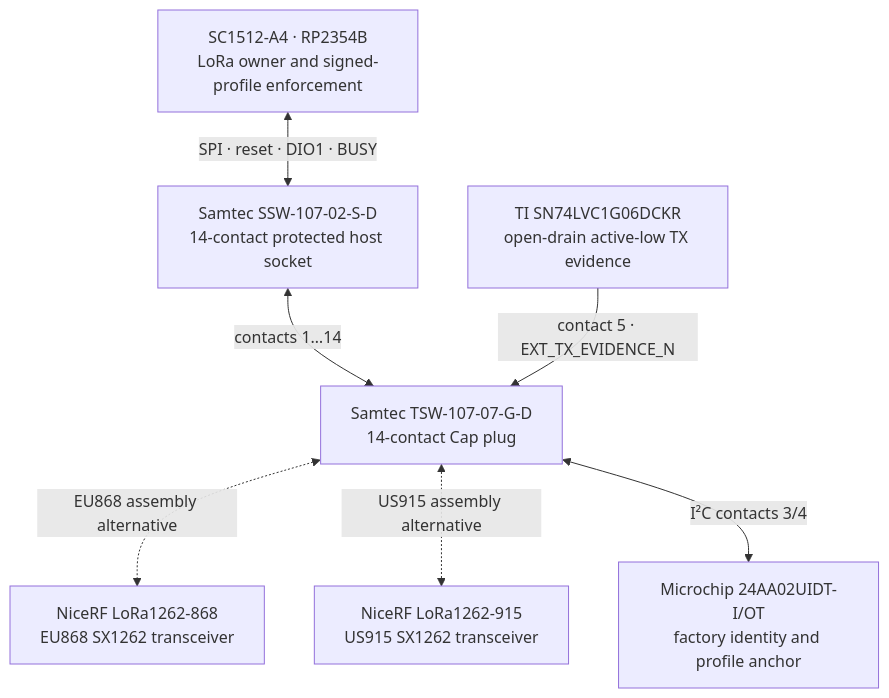
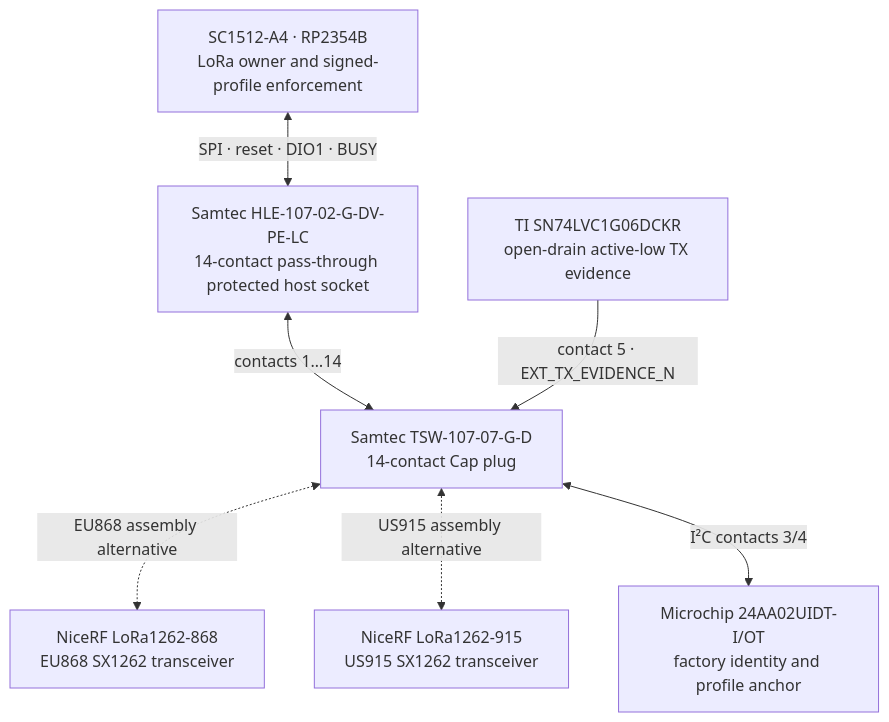
One commit to anton-vinogradov/esp32-leshy2 changed the first of 3 diagrams in docs/lora-cap.md. Above: the diagram before and after it, drawn with Mermaid. The commit also changed 26 other files, not shown here.

Commit message:
Close U214 dock geometry with pass-through host

````diff
--- a/docs/lora-cap.md
+++ b/docs/lora-cap.md
@@ -28,16 +28,16 @@
 ```mermaid
 flowchart TB
   RP["SC1512-A4 · RP2354B<br/>LoRa owner and signed-profile enforcement"]
-  HOST["Samtec SSW-107-02-S-D<br/>14-contact protected host socket"]
+  HOST["Samtec HLE-107-02-G-DV-PE-LC<br/>14-contact pass-through protected host socket"]
   PLUG["Samtec TSW-107-07-G-D<br/>14-contact Cap plug"]
   RADIO_EU["NiceRF LoRa1262-868<br/>EU868 SX1262 transceiver"]
   RADIO_US["NiceRF LoRa1262-915<br/>US915 SX1262 transceiver"]
   UID["Microchip 24AA02UIDT-I/OT<br/>factory identity and profile anchor"]
   EVIDENCE["TI SN74LVC1G06DCKR<br/>open-drain active-low TX evidence"]
   RP <-->|"SPI · reset · DIO1 · BUSY"| HOST
   HOST <-->|"contacts 1…14"| PLUG
   PLUG <-.->|"EU868 assembly alternative"| RADIO_EU
   PLUG <-.->|"US915 assembly alternative"| RADIO_US
   PLUG <-->|"I²C contacts 3/4"| UID
   EVIDENCE -->|"contact 5 · EXT_TX_EVIDENCE_N"| PLUG
 ```
````
